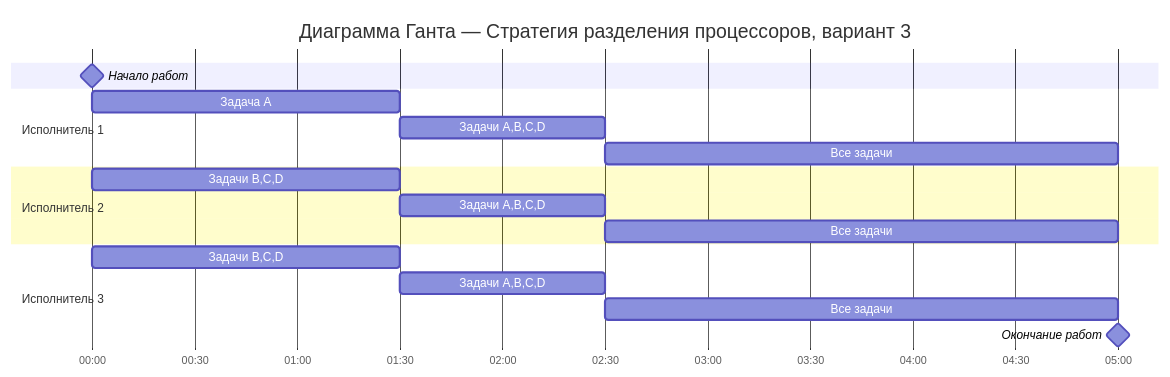
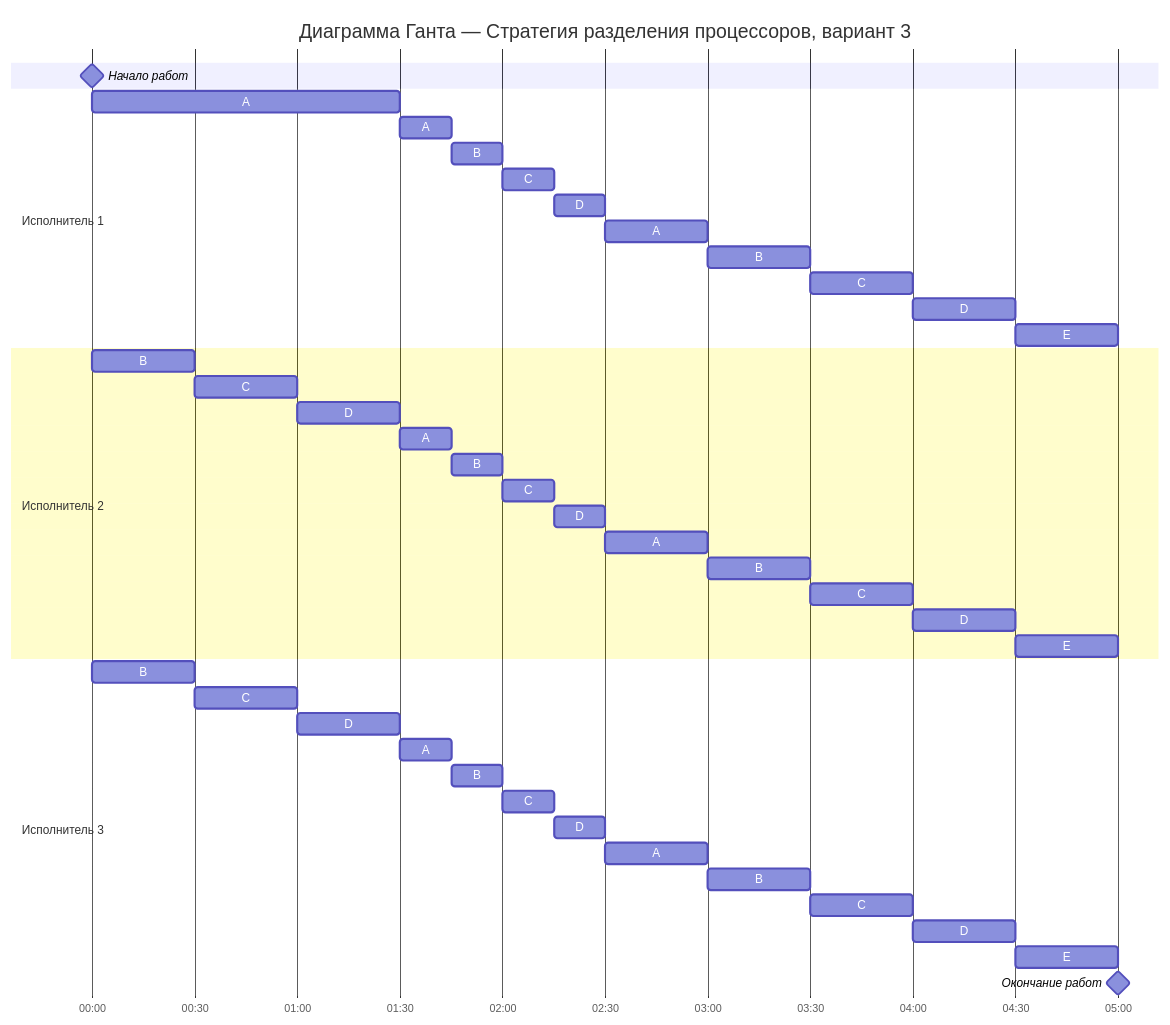
One commit to hse-algo-psapr-25/manual-tasks changed the diagram in Задание 12/devnull.md. Above: the diagram before and after it, drawn with Mermaid. The commit also changed other lines of this file, not shown here.

Commit message:
Refactor task events and update timelines

````diff
--- a/Задание 12/devnull.md
+++ b/Задание 12/devnull.md
@@ -144,26 +154,55 @@
 ```mermaid
 gantt
     title Диаграмма Ганта — Стратегия разделения процессоров, вариант 3
     dateFormat  HH:mm
     axisFormat  %H:%M
     todayMarker off
 
     Начало работ : milestone, m1, 00:00, 0h
+    section Исполнитель 1
+    A          :a1, 00:00, 1.5h
 
-    section Исполнитель 1
-    Задача A            :a1, 00:00, 1.5h
-    Задачи A,B,C,D      :a2, 01:30, 1h
-    Все задачи          :a3, 02:30, 2.5h
+    A          :a2, 01:30, 0.25h
+    B          :a3, 01:45, 0.25h
+    C          :a4, 02:00, 0.25h
+    D          :a5, 02:15, 0.25h
+
+    A          :a6, 02:30, 0.5h
+    B          :a7, 03:00, 0.5h
+    C          :a8, 03:30, 0.5h
+    D          :a9, 04:00, 0.5h
+    E          :a10, 04:30, 0.5h
 
     section Исполнитель 2
-    Задачи B,C,D        :b1, 00:00, 1.5h
-    Задачи A,B,C,D      :b2, 01:30, 1h
-    Все задачи          :b3, 02:30, 2.5h
+    B          :b1, 00:00, 0.5h
+    C          :b2, 00:30, 0.5h
+    D          :b3, 01:00, 0.5h
+
+    A          :b4, 01:30, 0.25h
+    B          :b5, 01:45, 0.25h
+    C          :b6, 02:00, 0.25h
+    D          :b7, 02:15, 0.25h
+
+    A          :b8, 02:30, 0.5h
+    B          :b9, 03:00, 0.5h
+    C          :b10, 03:30, 0.5h
+    D          :b11, 04:00, 0.5h
+    E          :b12, 04:30, 0.5h
 
     section Исполнитель 3
-    Задачи B,C,D        :c1, 00:00, 1.5h
-    Задачи A,B,C,D      :c2, 01:30, 1h
-    Все задачи          :c3, 02:30, 2.5h
+    B          :c1, 00:00, 0.5h
+    C          :c2, 00:30, 0.5h
+    D          :c3, 01:00, 0.5h
 
+    A          :c4, 01:30, 0.25h
+    B          :c5, 01:45, 0.25h
+    C          :c6, 02:00, 0.25h
+    D          :c7, 02:15, 0.25h
+
+    A         :c8, 02:30, 0.5h
+    B         :c9, 03:00, 0.5h
+    C         :c10, 03:30, 0.5h
+    D         :c11, 04:00, 0.5h
+    E         :c12, 04:30, 0.5h
     Окончание работ : milestone, m2, 05:00, 0h
 ```
````
